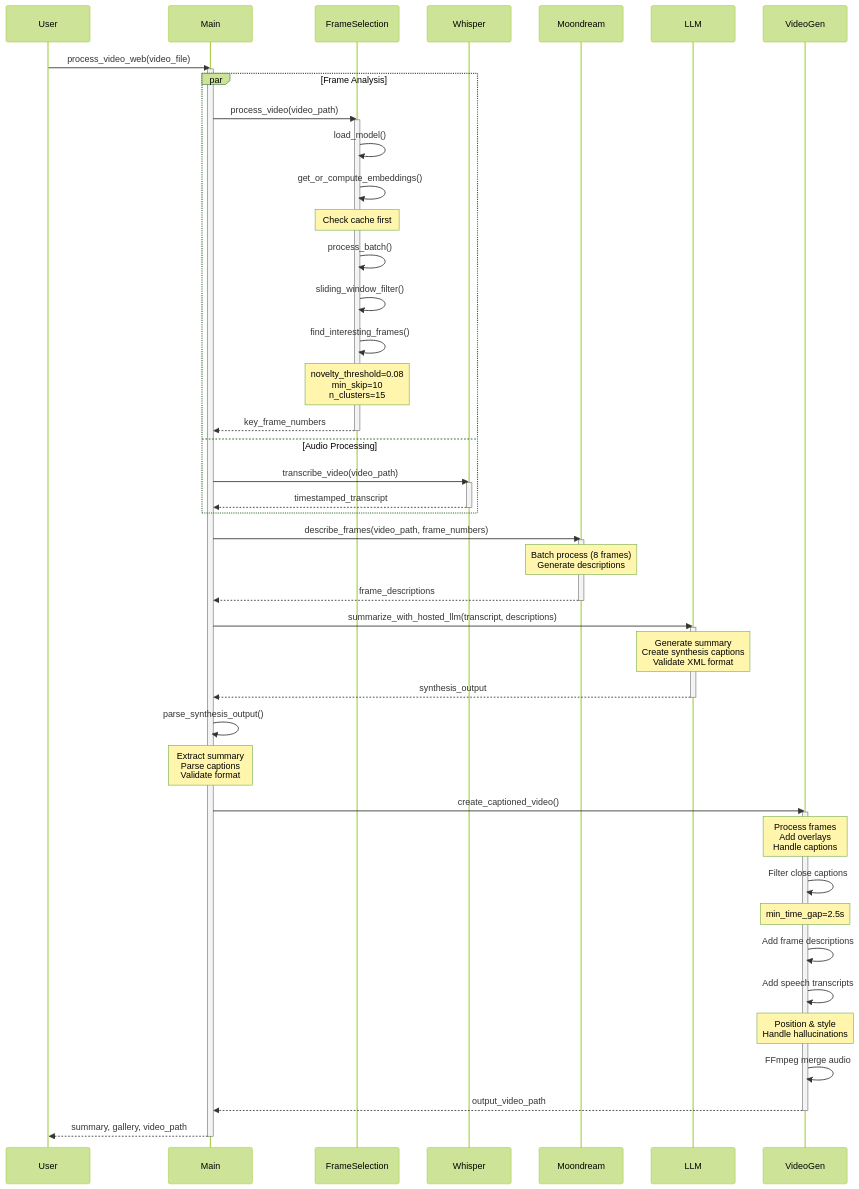
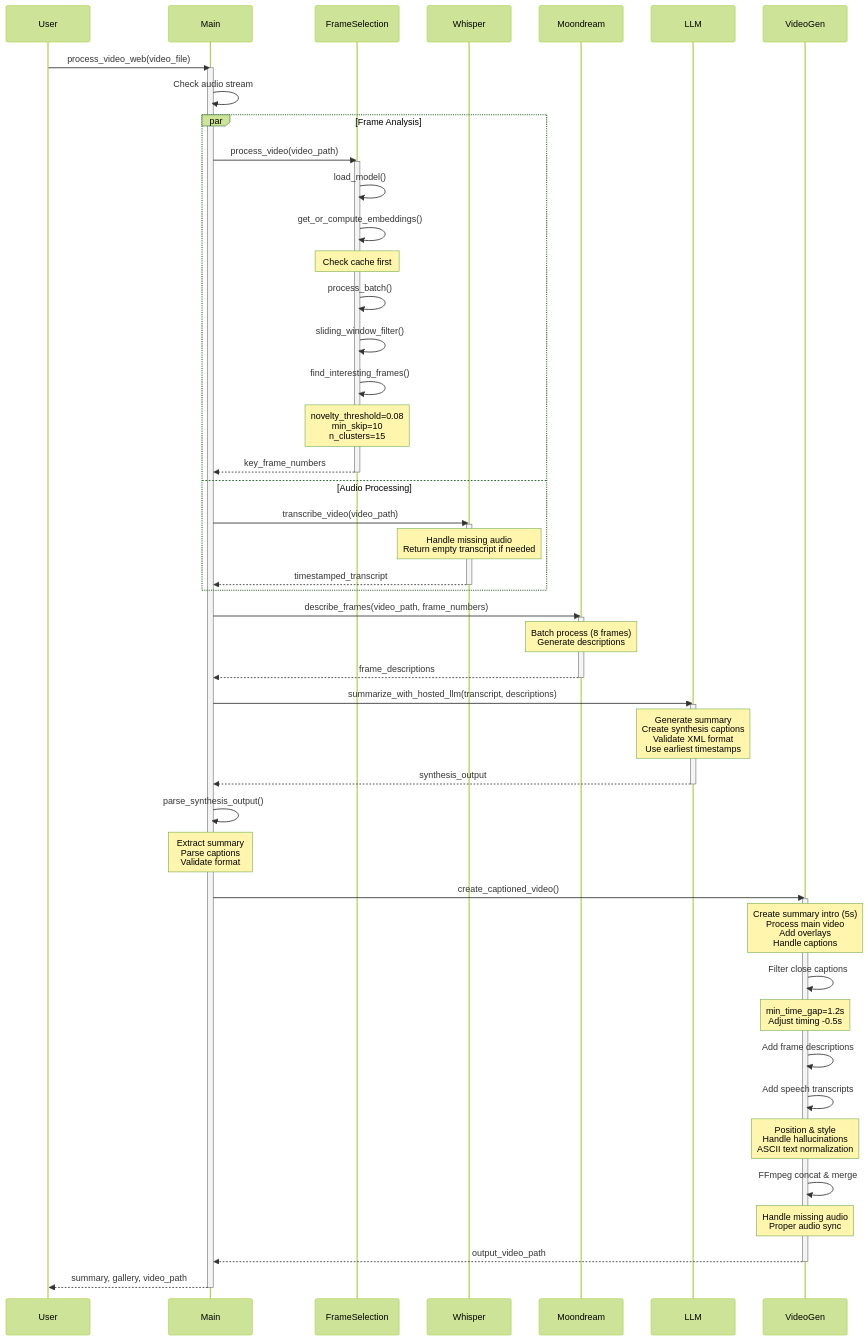
The second of 2 diagrams in README.md (parsakhaz/video-understanding-engine), drawn with Mermaid (forest theme) before and after one commit. The commit also changed other lines of this file and 2 other files, not shown here.

Commit message:
updated readme, handle no audio, adjusted timing

````diff
--- a/README.md
+++ b/README.md
@@ -116,62 +124,66 @@
 ```mermaid
 sequenceDiagram
     participant User
     participant Main
     participant FrameSelection
     participant Whisper
     participant Moondream
     participant LLM
     participant VideoGen
 
     User->>Main: process_video_web(video_file)
     activate Main
+    
+    Main->>Main: Check audio stream
     
     par Frame Analysis
         Main->>FrameSelection: process_video(video_path)
         activate FrameSelection
         FrameSelection->>FrameSelection: load_model()
         FrameSelection->>FrameSelection: get_or_compute_embeddings()
         Note over FrameSelection: Check cache first
         FrameSelection->>FrameSelection: process_batch()
         FrameSelection->>FrameSelection: sliding_window_filter()
         FrameSelection->>FrameSelection: find_interesting_frames()
         Note over FrameSelection: novelty_threshold=0.08<br/>min_skip=10<br/>n_clusters=15
         FrameSelection-->>Main: key_frame_numbers
         deactivate FrameSelection
     and Audio Processing
         Main->>Whisper: transcribe_video(video_path)
         activate Whisper
+        Note over Whisper: Handle missing audio<br/>Return empty transcript if needed
         Whisper-->>Main: timestamped_transcript
         deactivate Whisper
     end
 
     Main->>Moondream: describe_frames(video_path, frame_numbers)
     activate Moondream
     Note over Moondream: Batch process (8 frames)<br/>Generate descriptions
     Moondream-->>Main: frame_descriptions
     deactivate Moondream
 
     Main->>LLM: summarize_with_hosted_llm(transcript, descriptions)
     activate LLM
-    Note over LLM: Generate summary<br/>Create synthesis captions<br/>Validate XML format
+    Note over LLM: Generate summary<br/>Create synthesis captions<br/>Validate XML format<br/>Use earliest timestamps
     LLM-->>Main: synthesis_output
     deactivate LLM
 
     Main->>Main: parse_synthesis_output()
     Note over Main: Extract summary<br/>Parse captions<br/>Validate format
 
     Main->>VideoGen: create_captioned_video()
     activate VideoGen
-    Note over VideoGen: Process frames<br/>Add overlays<br/>Handle captions
+    Note over VideoGen: Create summary intro (5s)<br/>Process main video<br/>Add overlays<br/>Handle captions
     VideoGen->>VideoGen: Filter close captions
-    Note over VideoGen: min_time_gap=2.5s
+    Note over VideoGen: min_time_gap=1.2s<br/>Adjust timing -0.5s
     VideoGen->>VideoGen: Add frame descriptions
     VideoGen->>VideoGen: Add speech transcripts
-    Note over VideoGen: Position & style<br/>Handle hallucinations
-    VideoGen->>VideoGen: FFmpeg merge audio
+    Note over VideoGen: Position & style<br/>Handle hallucinations<br/>ASCII text normalization
+    VideoGen->>VideoGen: FFmpeg concat & merge
+    Note over VideoGen: Handle missing audio<br/>Proper audio sync
     VideoGen-->>Main: output_video_path
     deactivate VideoGen
 
     Main-->>User: summary, gallery, video_path
     deactivate Main
 ```
````
